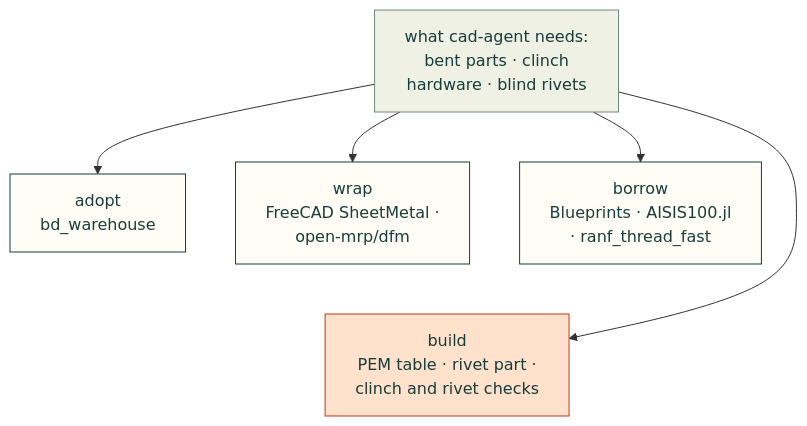
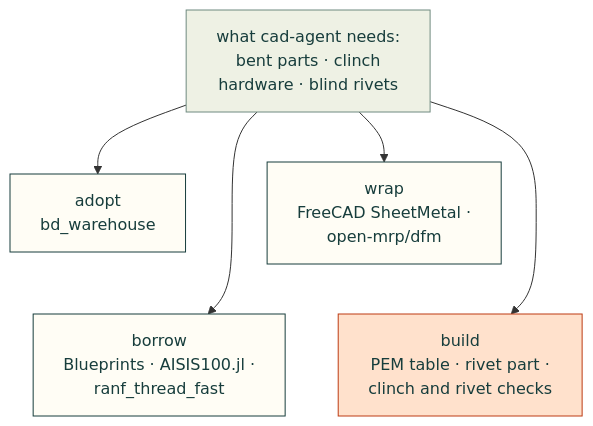
The third of 3 diagrams in research/sheet-metal-guides.md (Valpatel/cad-agent), drawn with Mermaid before and after one commit. The commit also changed other lines of this file and 2 other files, not shown here.

First line of the commit message:
Research pages: diagrams fit the 1100 px column; second-review fixes

````diff
--- a/research/sheet-metal-guides.md
+++ b/research/sheet-metal-guides.md
@@ -259,14 +257,15 @@
 ```mermaid
 flowchart TD
     N["what cad-agent needs:<br/>bent parts · clinch<br/>hardware · blind rivets"] --> A["adopt<br/>bd_warehouse"]
     N --> W["wrap<br/>FreeCAD SheetMetal ·<br/>open-mrp/dfm"]
-    N --> B["borrow<br/>Blueprints · AISIS100.jl<br/>· ranf_thread_fast"]
-    A ~~~ U["build<br/>PEM table · rivet part ·<br/>clinch and rivet checks"]
-    N --> U
+    A ~~~ B["borrow<br/>Blueprints · AISIS100.jl ·<br/>ranf_thread_fast"]
+    W ~~~ U["build<br/>PEM table · rivet part ·<br/>clinch and rivet checks"]
+    N ---> B
+    N ---> U
     classDef here fill:#fffdf5,stroke:#173d3c,color:#173d3c
     classDef near fill:#eef1e4,stroke:#6f8a80,color:#173d3c
     classDef out fill:#ffe1cc,stroke:#bd3a12,color:#173d3c
     class N near
     class A,W,B here
     class U out
 ```
````
